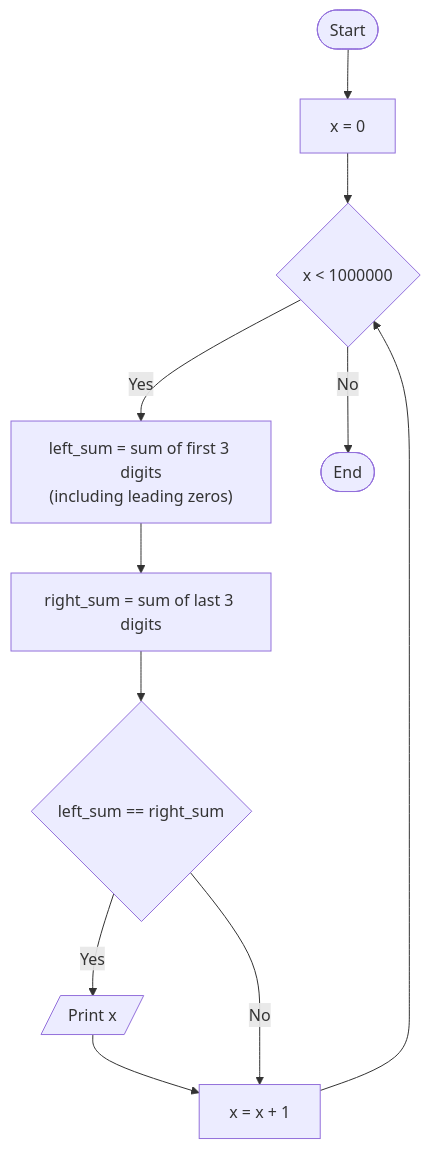
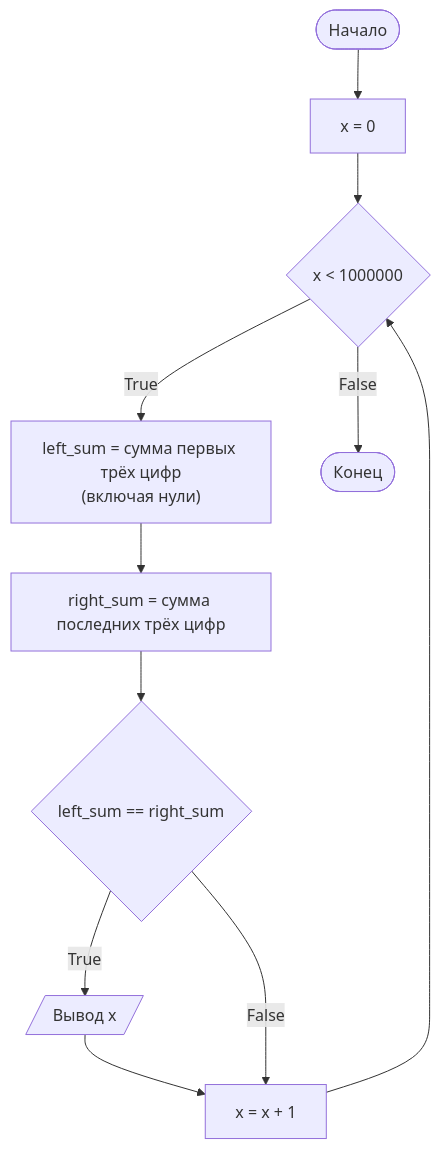
One commit to reputet/learning-cpp changed the diagram in lab4/diagram.mmd. Above: the diagram before and after it, drawn with Mermaid. The commit also changed 1 other file, not shown here.

```diff
--- a/lab4/diagram.mmd
+++ b/lab4/diagram.mmd
@@ -1,10 +1,10 @@
 graph TD
-    Start([Start]) --> x[x = 0]
+    Start([Начало]) --> x[x = 0]
     x --> while{x < 1000000}
-    while --> |Yes| left["left_sum = sum of first 3 digits<br>(including leading zeros)"]
-    left --> right["right_sum = sum of last 3 digits"]
+    while --> |True| left["left_sum = сумма первых трёх цифр<br>(включая нули)"]
+    left --> right["right_sum = сумма последних трёх цифр"]
     right --> compare{left_sum == right_sum}
-    compare --> |Yes| print[/Print x/] --> increment
-    compare --> |No| increment["x = x + 1"]
-    while --> |No| End([End])
+    compare --> |True| print[/Вывод x/] --> increment
+    compare --> |False| increment["x = x + 1"]
+    while --> |False| End([Конец])
     increment --> while
```
